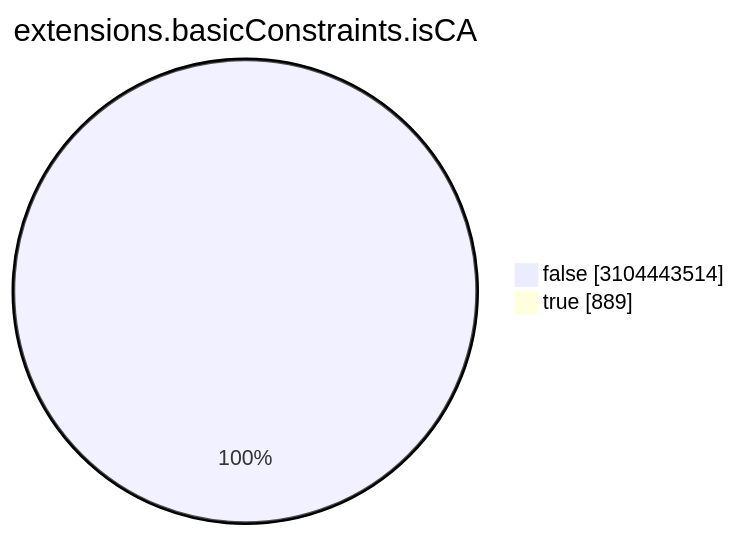
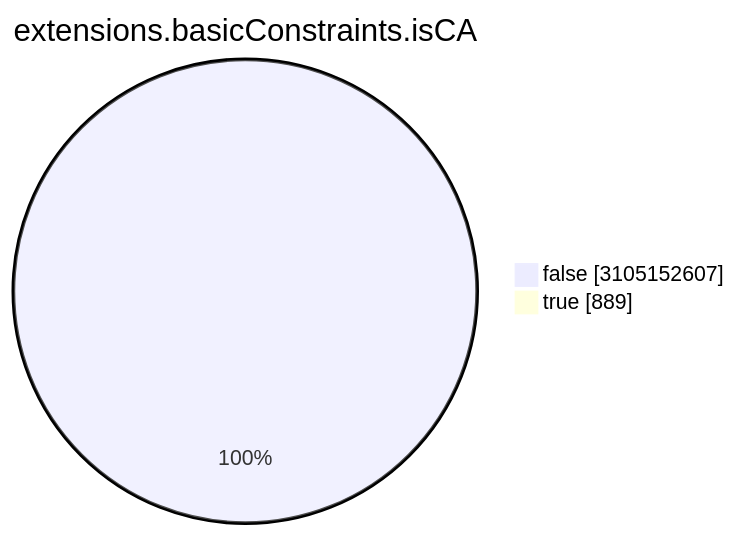
One commit to christiankrug/ctmonitor_visualization changed the seventh of 15 diagrams in TOTAL/README.md. Above: the diagram before and after it, drawn with Mermaid. The commit also changed other lines of this file, not shown here.

````diff
--- a/TOTAL/README.md
+++ b/TOTAL/README.md
@@ -3086,6 +3086,6 @@
 ```mermaid
 pie showData
 title extensions.basicConstraints.isCA
-"false" :3104443514
+"false" :3105152607
 "true" :889
 ```
````
